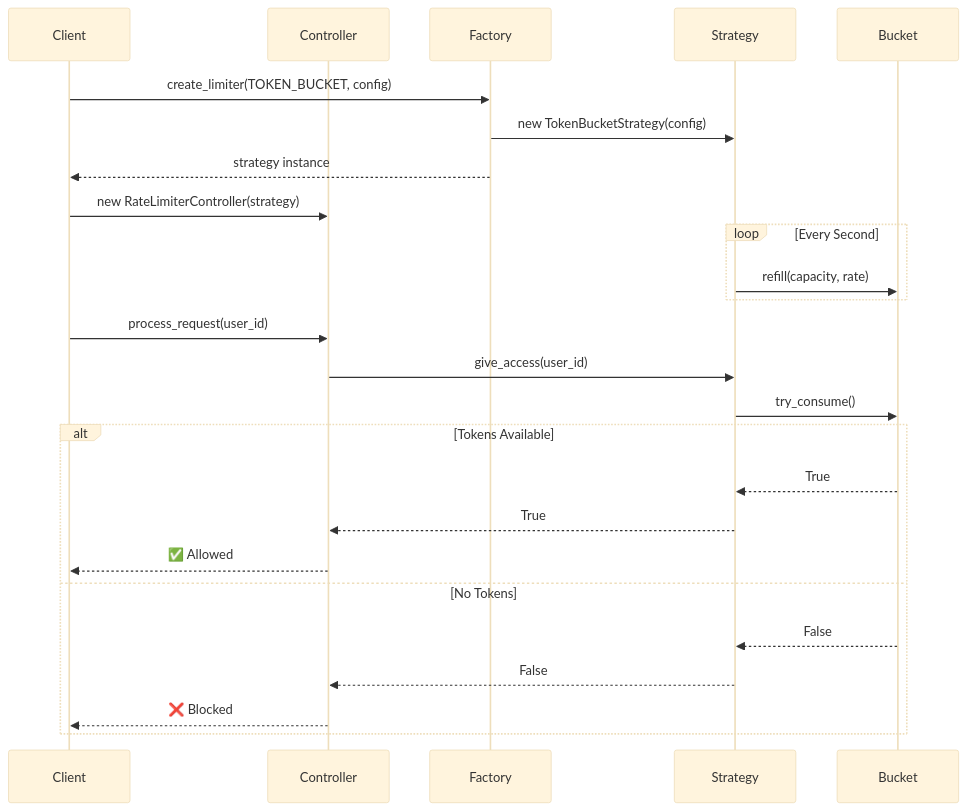
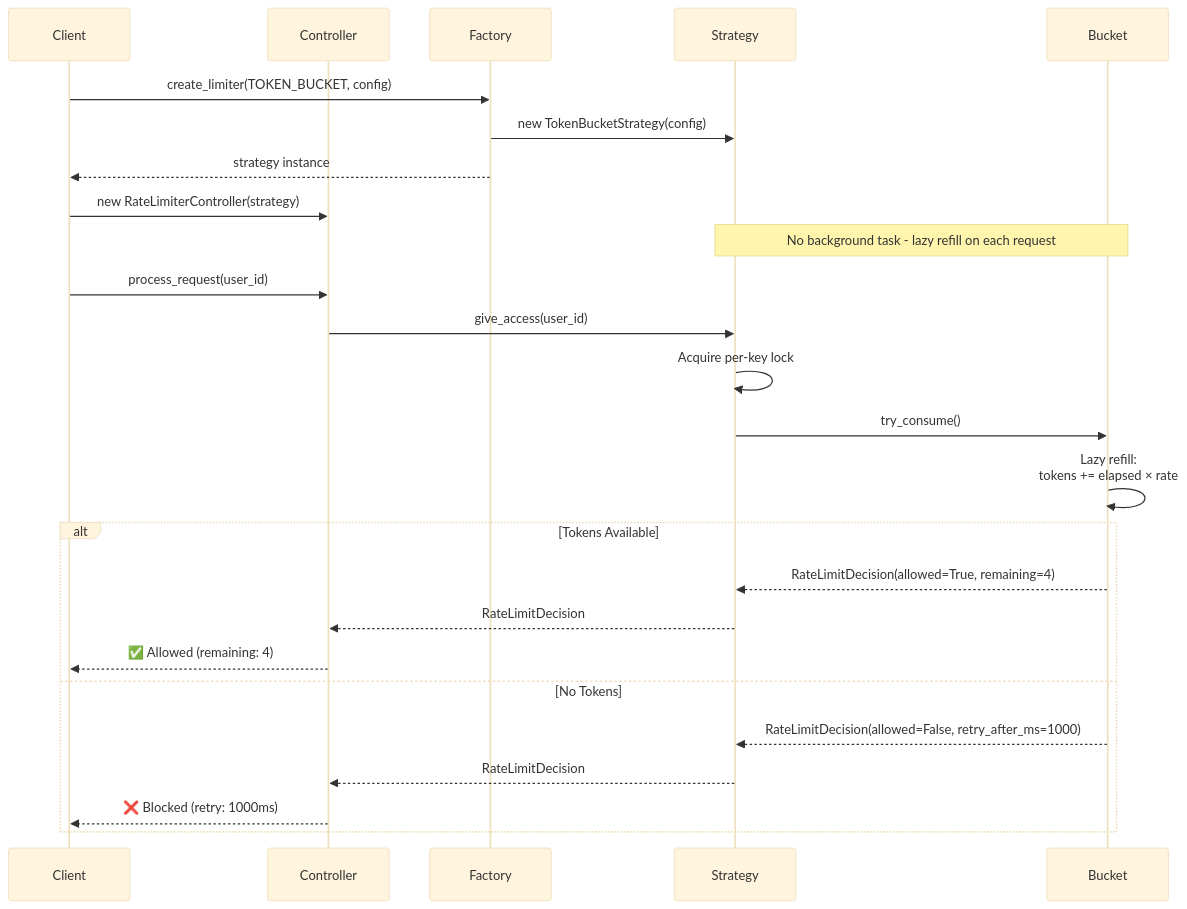
Before and after one commit to Eakanath1/Problems-Practice: the second of 4 diagrams in rate-limiter/README.md, drawn with Mermaid (base theme). The commit also changed other lines of this file and 2 other files, not shown here.

Commit message:
update(rate-limiter): implement lazy refill and comprehensive decision responses

````diff
--- a/rate-limiter/README.md
+++ b/rate-limiter/README.md
@@ -102,32 +142,32 @@
 ```mermaid
 sequenceDiagram
     participant Client
     participant Controller
     participant Factory
     participant Strategy
     participant Bucket
     
     Client->>Factory: create_limiter(TOKEN_BUCKET, config)
     Factory->>Strategy: new TokenBucketStrategy(config)
     Factory-->>Client: strategy instance
     
     Client->>Controller: new RateLimiterController(strategy)
     
-    loop Every Second
-        Strategy->>Bucket: refill(capacity, rate)
-    end
+    Note over Strategy,Bucket: No background task - lazy refill on each request
     
     Client->>Controller: process_request(user_id)
     Controller->>Strategy: give_access(user_id)
+    Strategy->>Strategy: Acquire per-key lock
     Strategy->>Bucket: try_consume()
+    Bucket->>Bucket: Lazy refill:<br/>tokens += elapsed × rate
     
     alt Tokens Available
-        Bucket-->>Strategy: True
-        Strategy-->>Controller: True
-        Controller-->>Client: ✅ Allowed
+        Bucket-->>Strategy: RateLimitDecision(allowed=True, remaining=4)
+        Strategy-->>Controller: RateLimitDecision
+        Controller-->>Client: ✅ Allowed (remaining: 4)
     else No Tokens
-        Bucket-->>Strategy: False
-        Strategy-->>Controller: False
-        Controller-->>Client: ❌ Blocked
+        Bucket-->>Strategy: RateLimitDecision(allowed=False, retry_after_ms=1000)
+        Strategy-->>Controller: RateLimitDecision
+        Controller-->>Client: ❌ Blocked (retry: 1000ms)
     end
 ```
````
